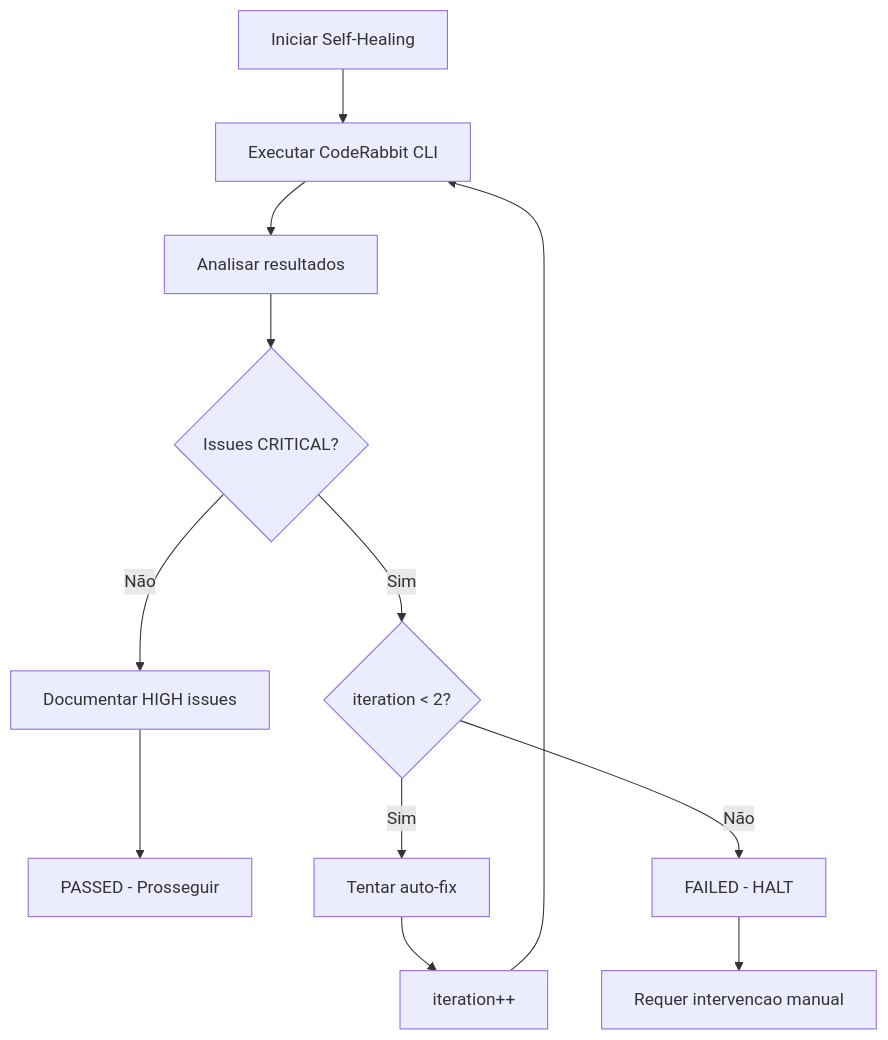
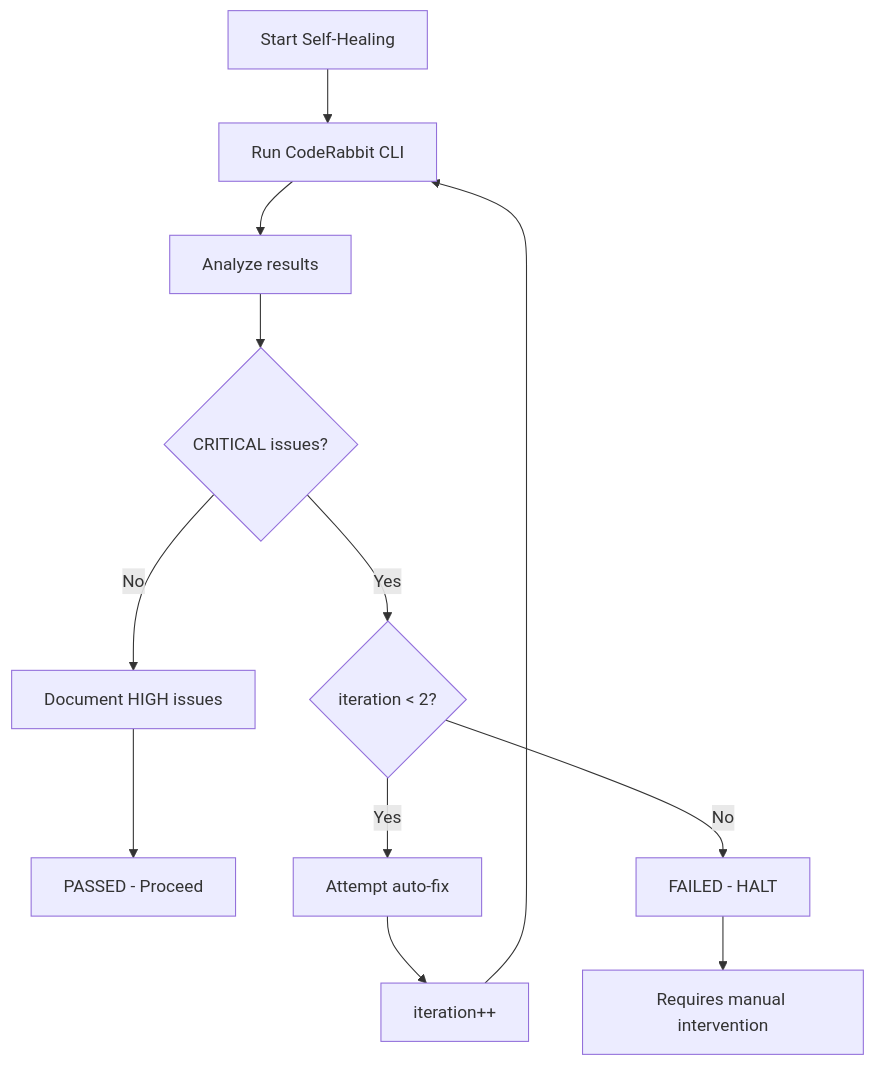
The fifth of 7 diagrams in docs/aexos-workflows/story-development-cycle-workflow.md (CyryxLabs/AEXOS), drawn with Mermaid before and after one commit. The commit also changed other lines of this file and 528 other files, not shown here.

````diff
--- a/docs/aexos-workflows/story-development-cycle-workflow.md
+++ b/docs/aexos-workflows/story-development-cycle-workflow.md
@@ -331,14 +331,14 @@
 ```mermaid
 flowchart TD
-    START[Iniciar Self-Healing] --> RUN[Executar CodeRabbit CLI]
-    RUN --> PARSE[Analisar resultados]
-    PARSE --> CHECK{Issues CRITICAL?}
-    CHECK -->|Não| DOC[Documentar HIGH issues]
-    DOC --> PASS[PASSED - Prosseguir]
-    CHECK -->|Sim| ITER{iteration < 2?}
-    ITER -->|Sim| FIX[Tentar auto-fix]
+    START[Start Self-Healing] --> RUN[Run CodeRabbit CLI]
+    RUN --> PARSE[Analyze results]
+    PARSE --> CHECK{CRITICAL issues?}
+    CHECK -->|No| DOC[Document HIGH issues]
+    DOC --> PASS[PASSED - Proceed]
+    CHECK -->|Yes| ITER{iteration < 2?}
+    ITER -->|Yes| FIX[Attempt auto-fix]
     FIX --> INCREMENT[iteration++]
     INCREMENT --> RUN
-    ITER -->|Não| FAIL[FAILED - HALT]
-    FAIL --> MANUAL[Requer intervencao manual]
+    ITER -->|No| FAIL[FAILED - HALT]
+    FAIL --> MANUAL[Requires manual intervention]
 ```
````
